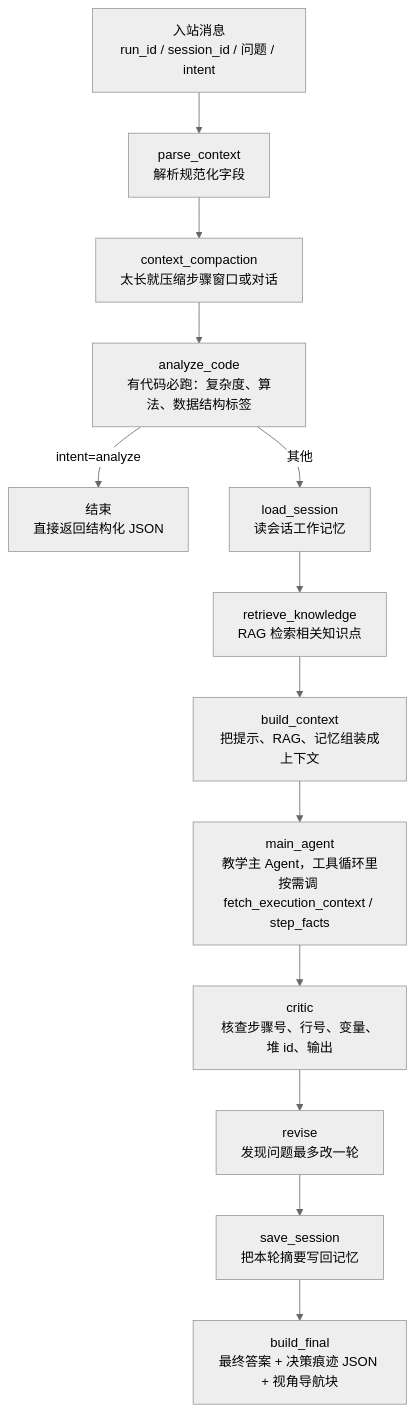
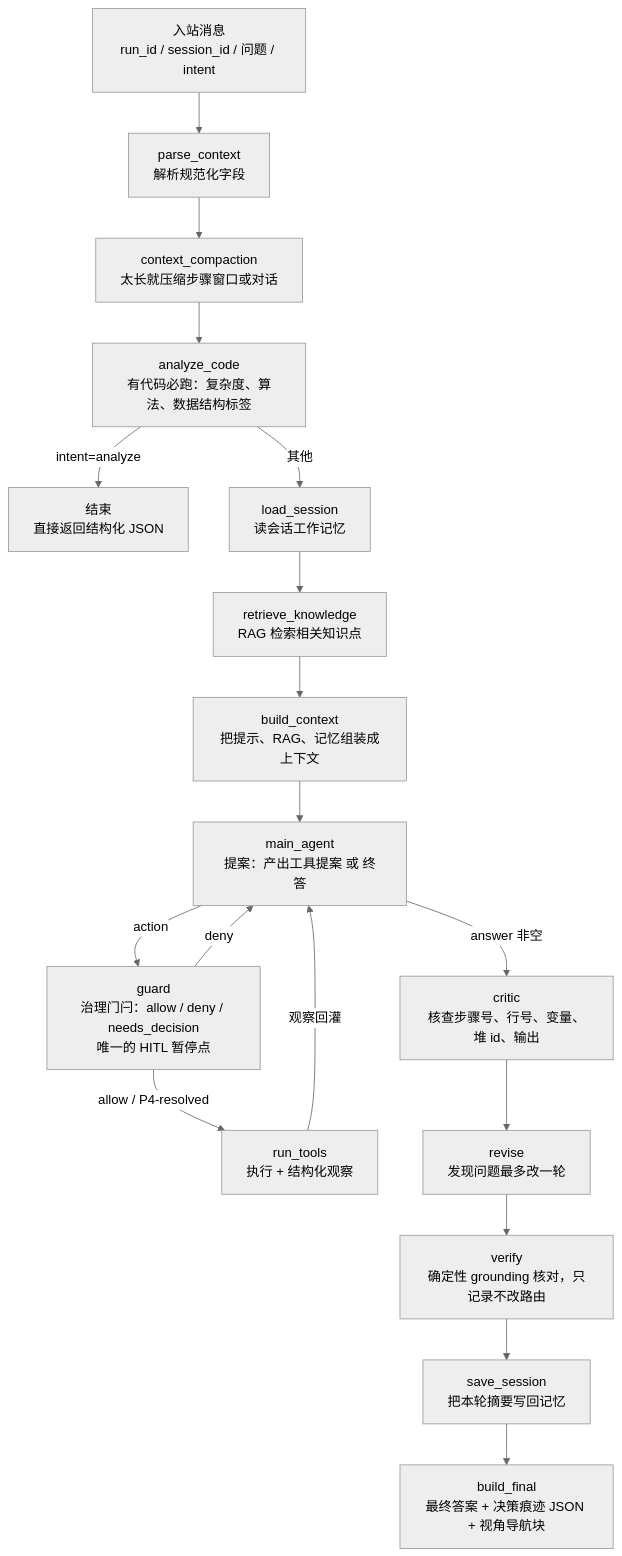
Before and after one commit to holycandle/javatutor-coze: the diagram in docs/agent-collaboration-guide.md, drawn with Mermaid (neutral theme). The commit also changed other lines of this file and 29 other files, not shown here.

````diff
--- a/docs/agent-collaboration-guide.md
+++ b/docs/agent-collaboration-guide.md
@@ -7,15 +7,20 @@
 ```mermaid
 flowchart TD
     A[入站消息<br/>run_id / session_id / 问题 / intent] --> B[parse_context<br/>解析规范化字段]
     B --> C[context_compaction<br/>太长就压缩步骤窗口或对话]
     C --> D[analyze_code<br/>有代码必跑：复杂度、算法、数据结构标签]
     D -->|intent=analyze| Z[结束<br/>直接返回结构化 JSON]
     D -->|其他| E[load_session<br/>读会话工作记忆]
     E --> F[retrieve_knowledge<br/>RAG 检索相关知识点]
     F --> G[build_context<br/>把提示、RAG、记忆组装成上下文]
-    G --> H[main_agent<br/>教学主 Agent，工具循环里按需调 fetch_execution_context / step_facts]
-    H --> I[critic<br/>核查步骤号、行号、变量、堆 id、输出]
+    G --> H[main_agent<br/>提案：产出工具提案 或 终答]
+    H -->|answer 非空| I[critic<br/>核查步骤号、行号、变量、堆 id、输出]
+    H -->|action| M[guard<br/>治理门闩：allow / deny / needs_decision<br/>唯一的 HITL 暂停点]
+    M -->|allow / P4-resolved| N[run_tools<br/>执行 + 结构化观察]
+    M -->|deny| H
+    N -->|观察回灌| H
     I --> J[revise<br/>发现问题最多改一轮]
-    J --> K[save_session<br/>把本轮摘要写回记忆]
+    J --> V[verify<br/>确定性 grounding 核对，只记录不改路由]
+    V --> K[save_session<br/>把本轮摘要写回记忆]
     K --> L[build_final<br/>最终答案 + 决策痕迹 JSON + 视角导航块]
 ```
````
